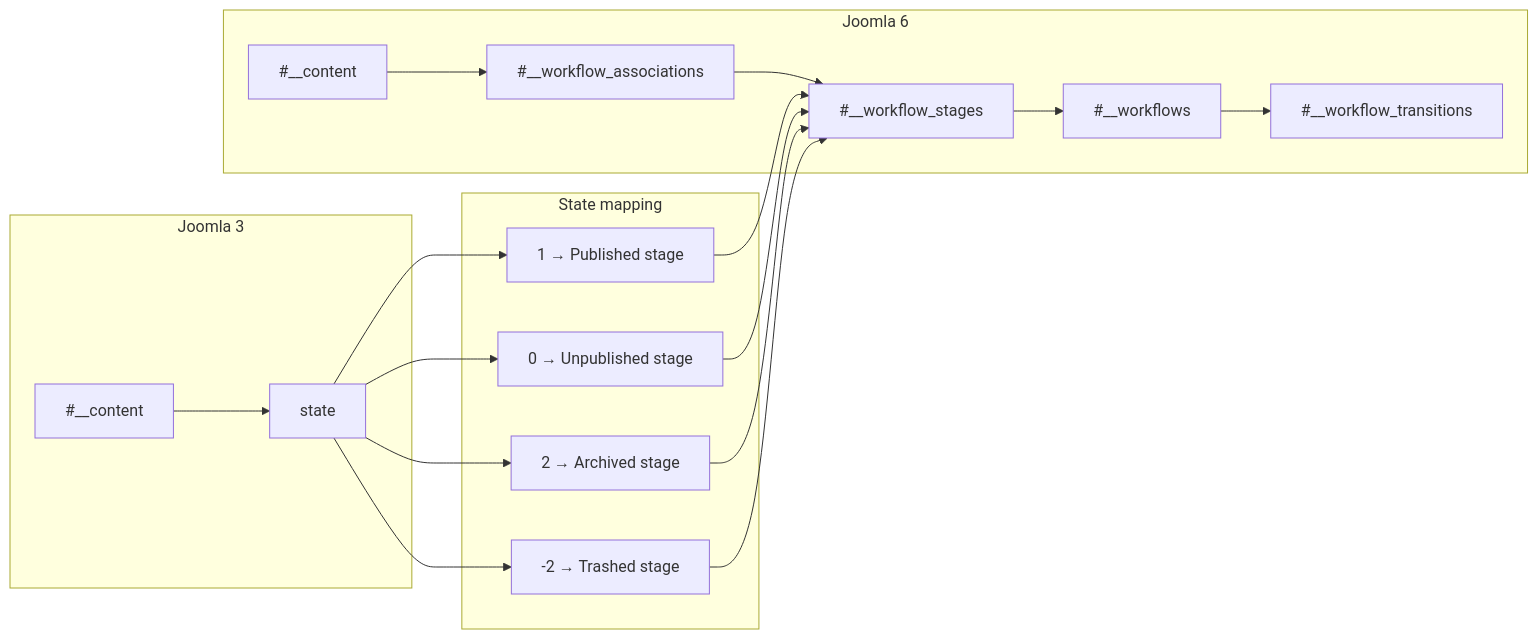
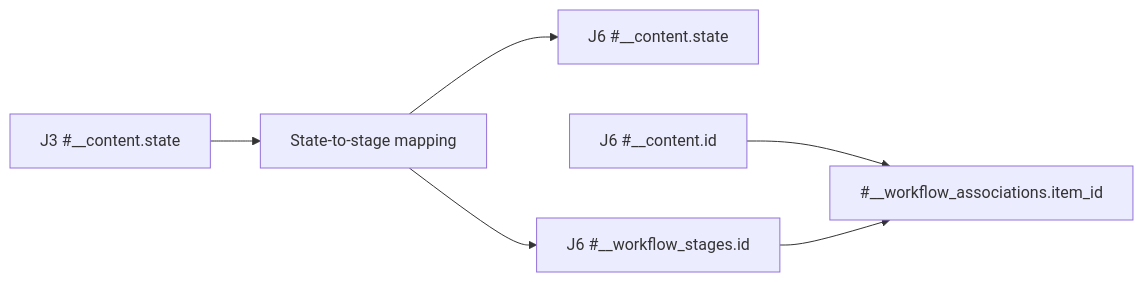
The seventh of 15 diagrams in docs/joomla/learning/database/joomla3-vs-joomla6-erd-gap-diagrams.md (duyduyly/php-notebook), drawn with Mermaid before and after one commit. The commit also changed other lines of this file, not shown here.

Commit message:
docs: fix Mermaid ERD gaps and add side-by-side table comparisons

````diff
--- a/docs/joomla/learning/database/joomla3-vs-joomla6-erd-gap-diagrams.md
+++ b/docs/joomla/learning/database/joomla3-vs-joomla6-erd-gap-diagrams.md
@@ -287,29 +313,8 @@
 ```mermaid
 flowchart LR
-    subgraph J3["Joomla 3"]
-        J3ART["#__content"] --> J3STATE["state"]
-    end
-
-    subgraph MAP["State mapping"]
-        M1["1 → Published stage"]
-        M0["0 → Unpublished stage"]
-        M2["2 → Archived stage"]
-        MN2["-2 → Trashed stage"]
-    end
-
-    subgraph J6["Joomla 6"]
-        J6ART["#__content"] --> ASSOC["#__workflow_associations"]
-        ASSOC --> STAGE["#__workflow_stages"]
-        STAGE --> WORKFLOW["#__workflows"]
-        WORKFLOW --> TRANSITION["#__workflow_transitions"]
-    end
-
-    J3STATE --> M1
-    J3STATE --> M0
-    J3STATE --> M2
-    J3STATE --> MN2
-    M1 --> STAGE
-    M0 --> STAGE
-    M2 --> STAGE
-    MN2 --> STAGE
+    J3STATE["J3 #__content.state"] --> MAP["State-to-stage mapping"]
+    MAP --> J6STATE["J6 #__content.state"]
+    MAP --> STAGE["J6 #__workflow_stages.id"]
+    J6ARTICLE["J6 #__content.id"] --> ASSOCIATION["#__workflow_associations.item_id"]
+    STAGE --> ASSOCIATION
 ```
````
